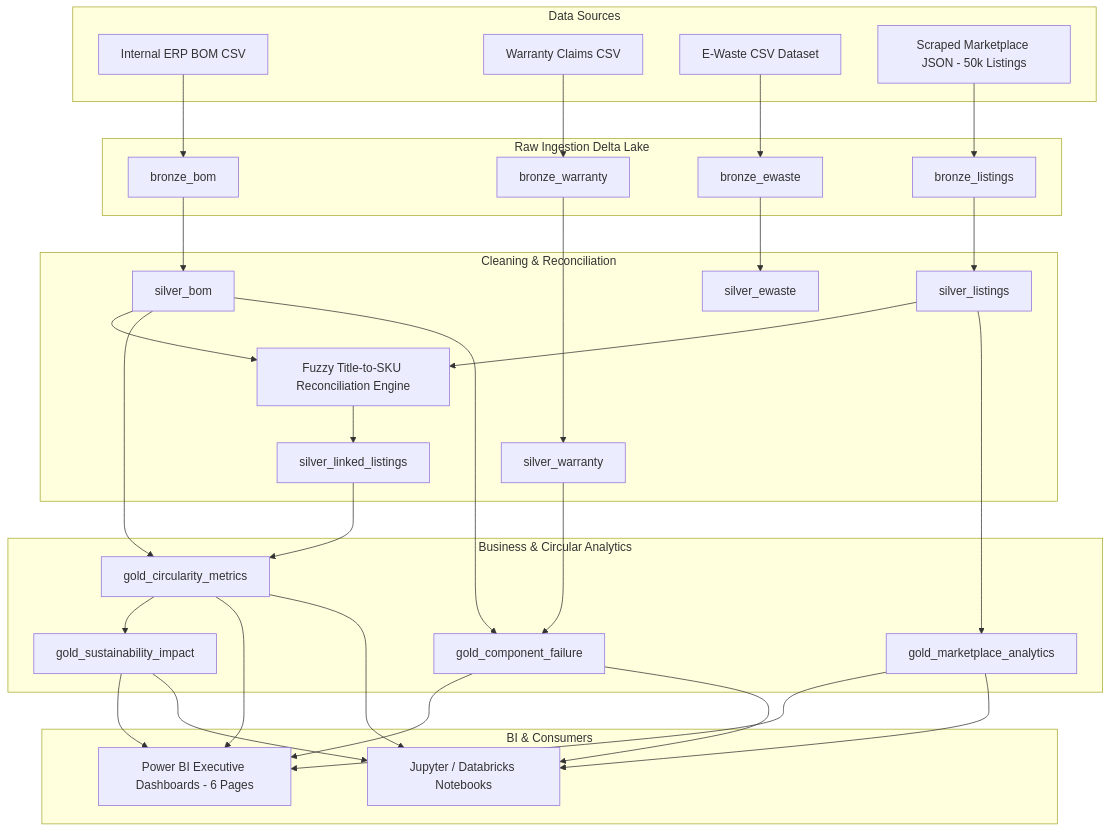
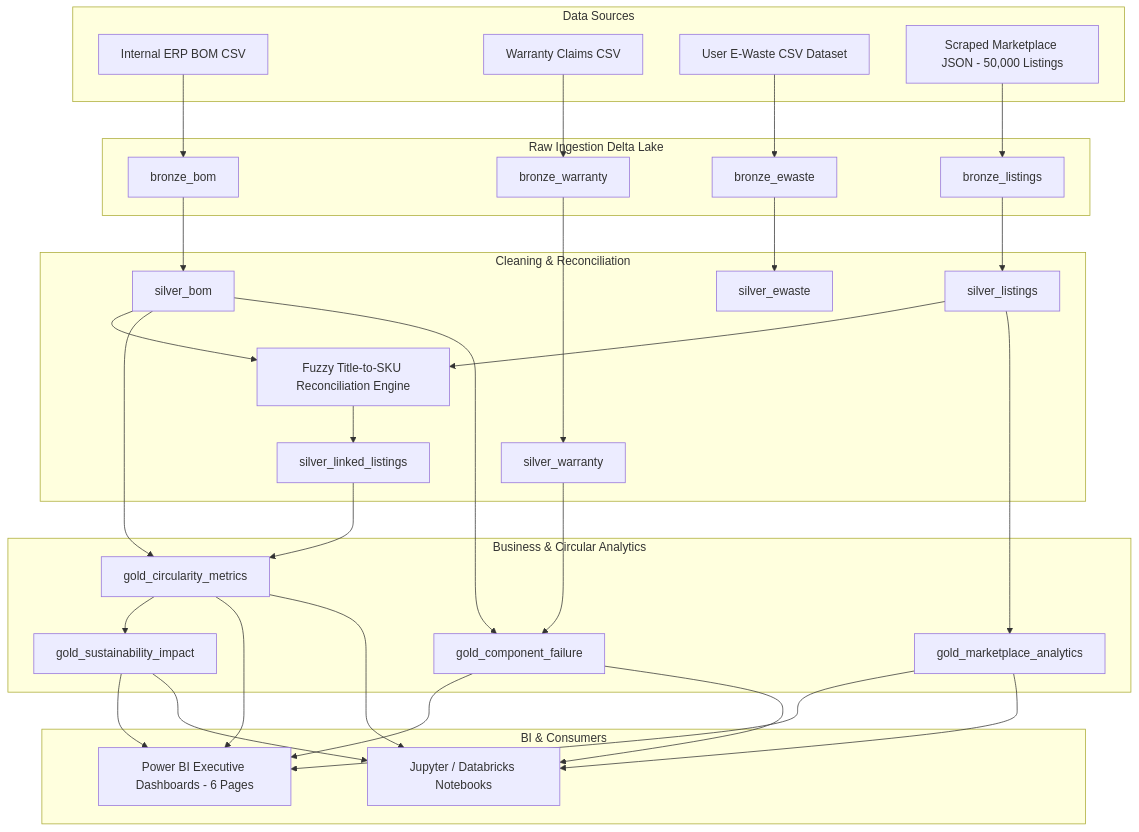
One commit to Kunalray0707/EchoChain changed the diagram in README.md. Above: the diagram before and after it, drawn with Mermaid. The commit also changed other lines of this file and 8 other files, not shown here.

````diff
--- a/README.md
+++ b/README.md
@@ -35,57 +58,57 @@
 ```mermaid
 flowchart TD
     subgraph Data Sources
         RAW1[Internal ERP BOM CSV]
         RAW2[Warranty Claims CSV]
-        RAW3[E-Waste CSV Dataset]
-        RAW4[Scraped Marketplace JSON - 50k Listings]
+        RAW3[User E-Waste CSV Dataset]
+        RAW4[Scraped Marketplace JSON - 50,000 Listings]
     end
 
     subgraph Bronze Layer [Raw Ingestion Delta Lake]
         B1[bronze_bom]
         B2[bronze_warranty]
         B3[bronze_ewaste]
         B4[bronze_listings]
     end
 
     subgraph Silver Layer [Cleaning & Reconciliation]
         S1[silver_bom]
         S2[silver_warranty]
         S3[silver_ewaste]
         S4[silver_listings]
         FUZZY[Fuzzy Title-to-SKU Reconciliation Engine]
         S5[silver_linked_listings]
     end
 
     subgraph Gold Layer [Business & Circular Analytics]
         G1[gold_circularity_metrics]
         G2[gold_component_failure]
         G3[gold_marketplace_analytics]
         G4[gold_sustainability_impact]
     end
 
     subgraph BI & Consumers
         PBI[Power BI Executive Dashboards - 6 Pages]
         NB[Jupyter / Databricks Notebooks]
     end
 
     RAW1 --> B1
     RAW2 --> B2
     RAW3 --> B3
     RAW4 --> B4
 
     B1 --> S1
     B2 --> S2
     B3 --> S3
     B4 --> S4
 
     S4 & S1 --> FUZZY --> S5
 
     S5 & S1 --> G1
     S2 & S1 --> G2
     S4 --> G3
     G1 --> G4
 
     G1 & G2 & G3 & G4 --> PBI
     G1 & G2 & G3 & G4 --> NB
 ```
````
